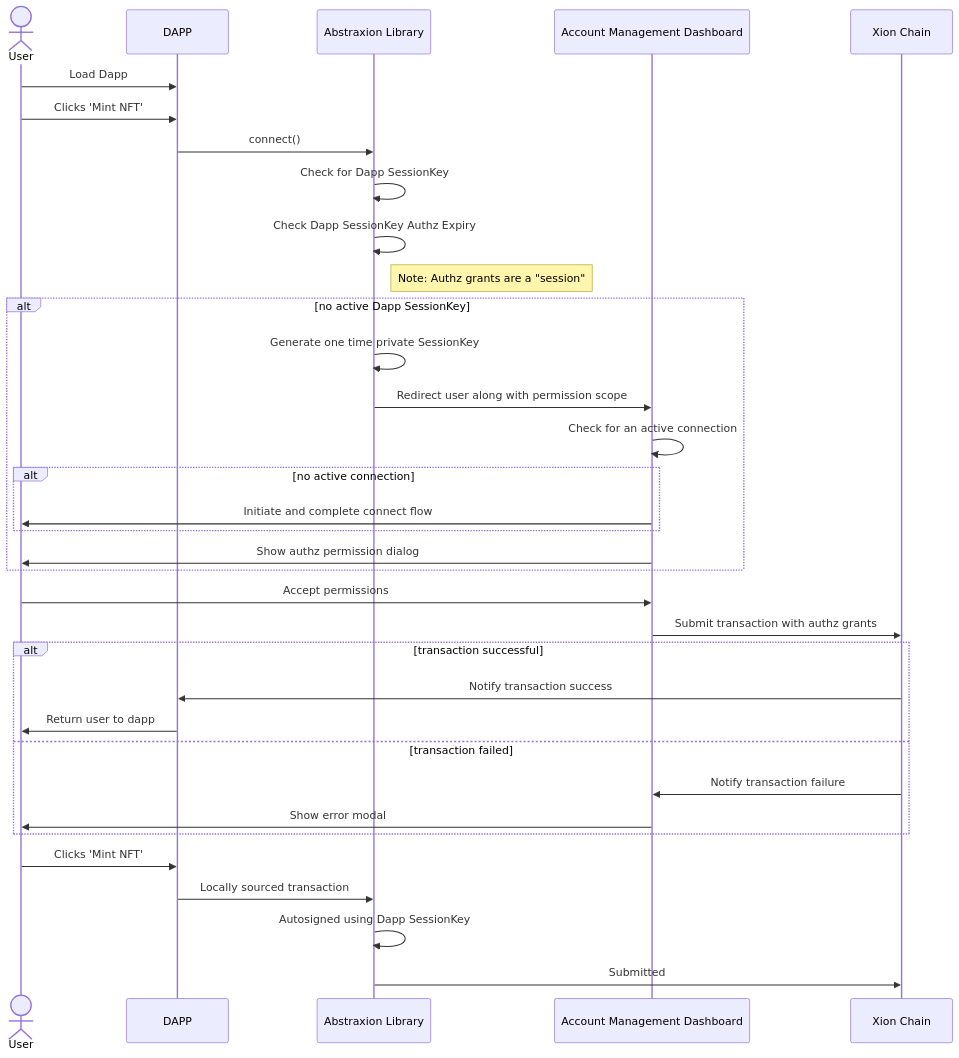
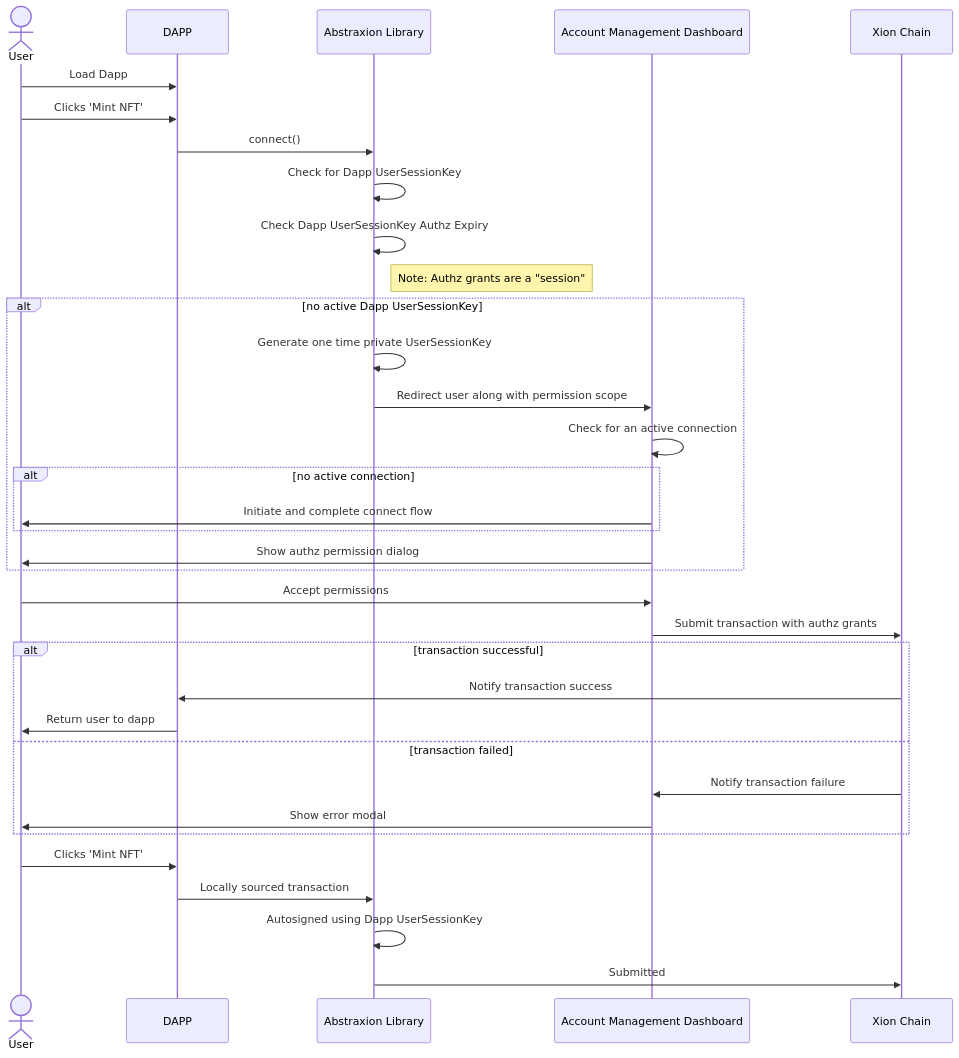
One commit to burnt-labs/docs changed the diagram in develop/featured-guides/build-react-dapp-with-account-abstraxion/meta-accounts-design.md. Above: the diagram before and after it, drawn with Mermaid. The commit also changed other lines of this file, not shown here.

````diff
--- a/develop/featured-guides/build-react-dapp-with-account-abstraxion/meta-accounts-design.md
+++ b/develop/featured-guides/build-react-dapp-with-account-abstraxion/meta-accounts-design.md
@@ -58,36 +74,36 @@
 ```mermaid
 sequenceDiagram
     Actor User
     participant DAPP
     participant AbstraxionLibrary as Abstraxion Library
     participant AccountManagementDashboard as Account Management Dashboard
     participant XionChain as Xion Chain
     User->>DAPP: Load Dapp
     User->>DAPP: Clicks 'Mint NFT'
     DAPP->>AbstraxionLibrary: connect()
-    AbstraxionLibrary->>AbstraxionLibrary: Check for Dapp SessionKey 
-    AbstraxionLibrary->>AbstraxionLibrary: Check Dapp SessionKey Authz Expiry
+    AbstraxionLibrary->>AbstraxionLibrary: Check for Dapp UserSessionKey 
+    AbstraxionLibrary->>AbstraxionLibrary: Check Dapp UserSessionKey Authz Expiry
     Note right of AbstraxionLibrary: Note: Authz grants are a "session"
-    alt no active Dapp SessionKey
-        AbstraxionLibrary->>AbstraxionLibrary: Generate one time private SessionKey
+    alt no active Dapp UserSessionKey
+        AbstraxionLibrary->>AbstraxionLibrary: Generate one time private UserSessionKey
         AbstraxionLibrary->>AccountManagementDashboard: Redirect user along with permission scope 
         AccountManagementDashboard->>AccountManagementDashboard: Check for an active connection
         alt no active connection
             AccountManagementDashboard->>User: Initiate and complete connect flow
         end
         AccountManagementDashboard->>User: Show authz permission dialog
     end
     User->>AccountManagementDashboard: Accept permissions
     AccountManagementDashboard->>XionChain: Submit transaction with authz grants
     alt transaction successful
         XionChain->>DAPP: Notify transaction success
         DAPP->>User: Return user to dapp
     else transaction failed
         XionChain->>AccountManagementDashboard: Notify transaction failure
         AccountManagementDashboard->>User: Show error modal
     end
     User->>DAPP: Clicks 'Mint NFT'
     DAPP->>AbstraxionLibrary: Locally sourced transaction
-    AbstraxionLibrary->>AbstraxionLibrary: Autosigned using Dapp SessionKey 
+    AbstraxionLibrary->>AbstraxionLibrary: Autosigned using Dapp UserSessionKey  
     AbstraxionLibrary->>XionChain: Submitted 
 ```
````
